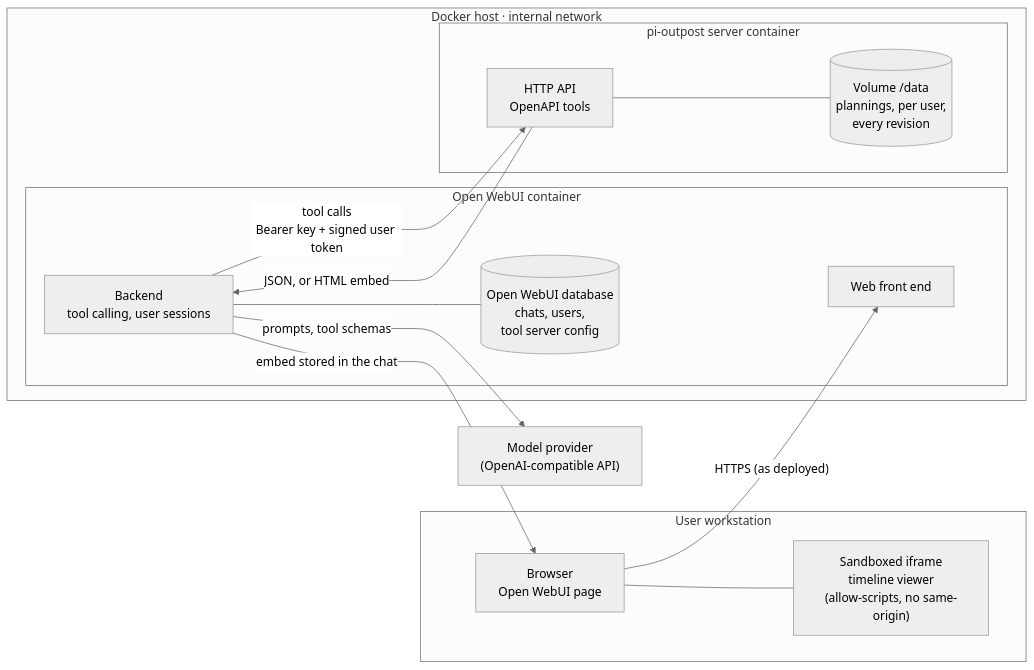
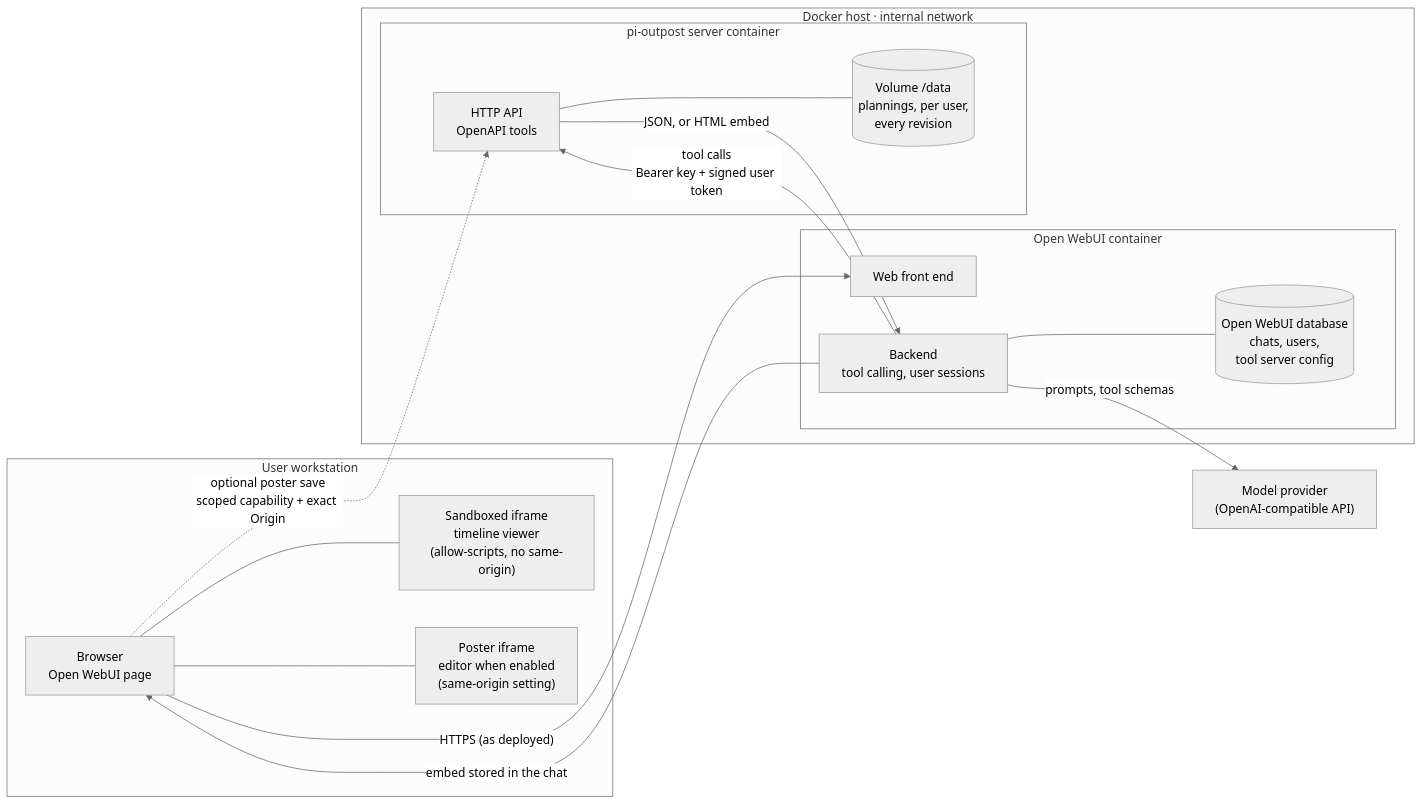
Before and after one commit to laurentftech/pi-outpost: the first of 3 diagrams in docs/openwebui-architecture.md, drawn with Mermaid (neutral theme). The commit also changed other lines of this file and 38 other files, not shown here.

Commit message:
feat(openwebui): save poster edits and follow host theme (#362)

````diff
--- a/docs/openwebui-architecture.md
+++ b/docs/openwebui-architecture.md
@@ -30,30 +31,33 @@
 ```mermaid
 flowchart LR
   subgraph user["User workstation"]
     B["Browser<br/>Open WebUI page"]
     F["Sandboxed iframe<br/>timeline viewer<br/>(allow-scripts, no same-origin)"]
+    P["Poster iframe<br/>editor when enabled<br/>(same-origin setting)"]
     B --- F
+    B --- P
   end
 
   subgraph host["Docker host · internal network"]
     subgraph owui["Open WebUI container"]
       FE["Web front end"]
       BE["Backend<br/>tool calling, user sessions"]
       DB[("Open WebUI database<br/>chats, users,<br/>tool server config")]
       BE --- DB
     end
     subgraph ps["pi-outpost server container"]
       API["HTTP API<br/>OpenAPI tools"]
       V[("Volume /data<br/>plannings, per user,<br/>every revision")]
       API --- V
     end
   end
 
   LLM["Model provider<br/>(OpenAI-compatible API)"]
 
   B -- "HTTPS (as deployed)" --> FE
   BE -- "prompts, tool schemas" --> LLM
   BE -- "tool calls<br/>Bearer key + signed user token" --> API
   API -- "JSON, or HTML embed" --> BE
   BE -- "embed stored in the chat" --> B
+  B -. "optional poster save<br/>scoped capability + exact Origin" .-> API
 ```
````
